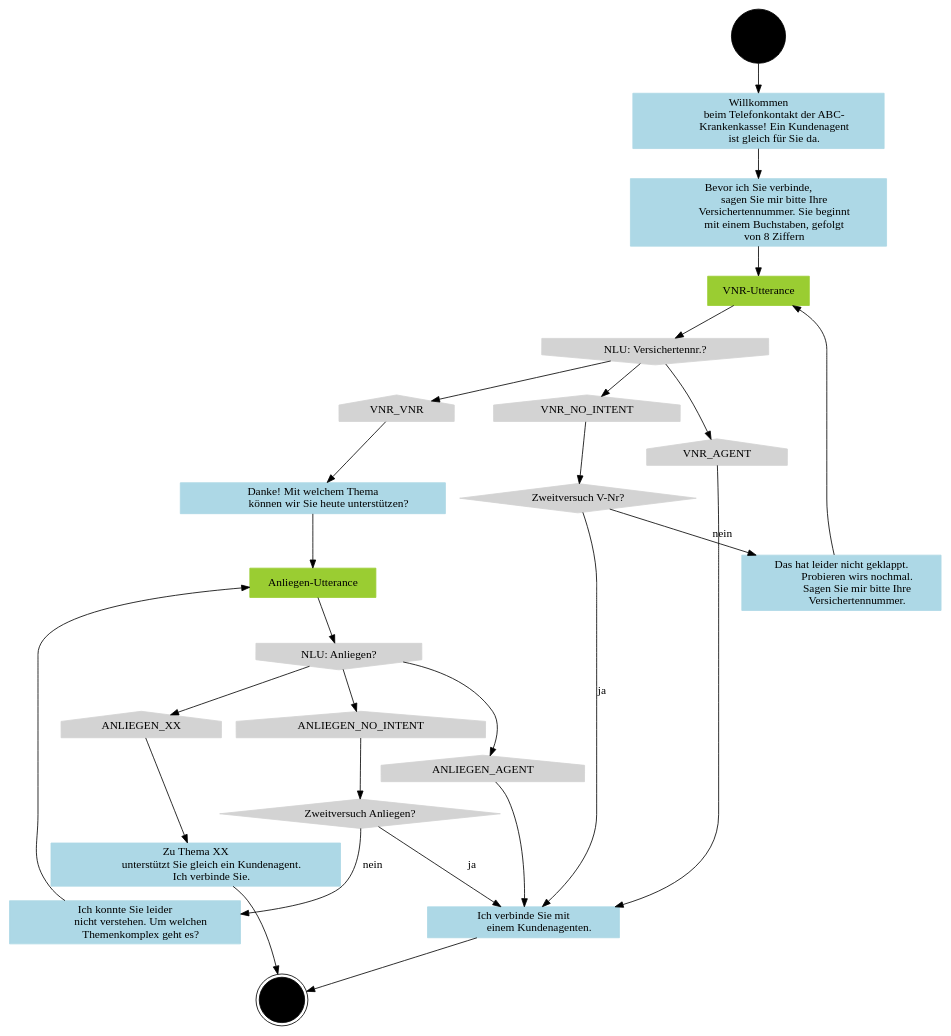
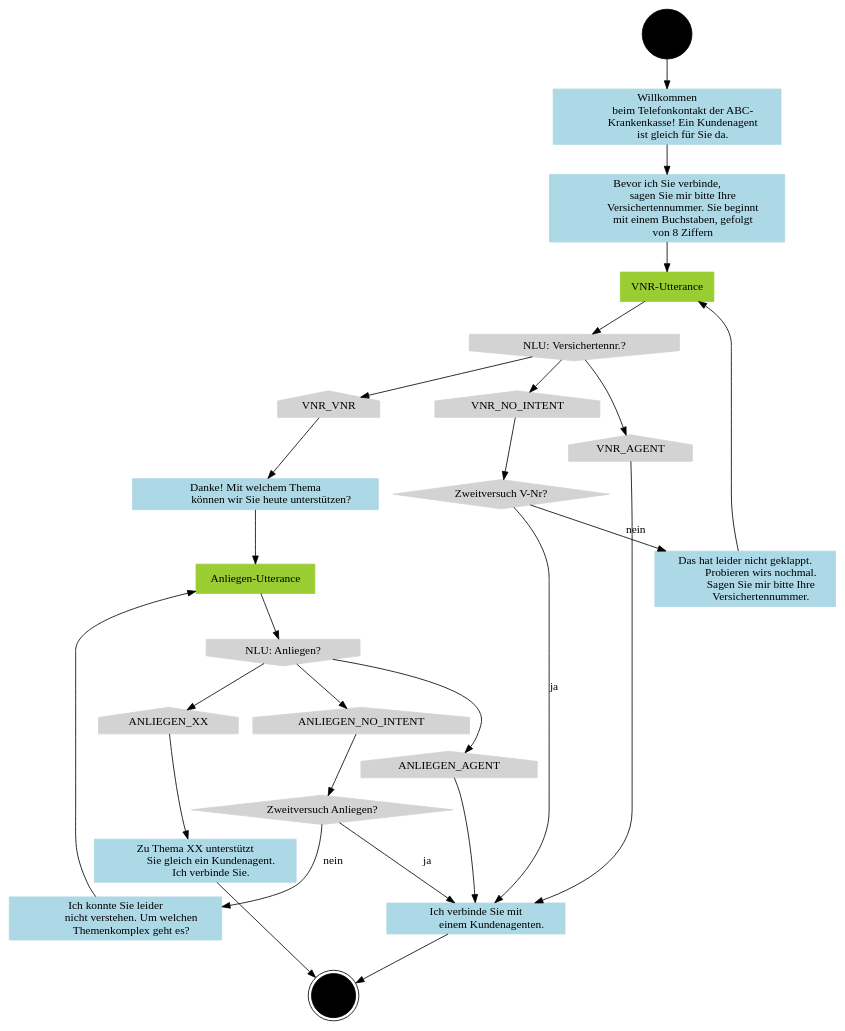
One commit to BrianInGermany/BrianInGermany.github.io changed the diagram in assets/flow_nosubs.dot. Above: the diagram before and after it, drawn with Graphviz. The commit also changed 4 other files, not shown here.

```diff
--- a/assets/flow_nosubs.dot
+++ b/assets/flow_nosubs.dot
@@ -1,90 +1,92 @@
 digraph tel_flow {
+    
 // NODE DEFINITIONS
     // start nodes
-    node[style=filled,shape=circle,color=black]
+    // this definition also includes graph-wide definitions for filling and font
+    node[style=filled,shape=circle,color=black,fontname="Trebuchet MS"]
         start[shape=circle,color=black]
 
     // end nodes
-    node[style=filled,shape=doublecircle,color=black]
+    node[shape=doublecircle,color=black]
         end[shape=doublecircle,color=black]
 
     // prompt nodes
-    node[style=filled,shape=box,color=lightblue]
+    node[shape=box,color=lightblue]
         prompt_welcome[label="Willkommen
             beim Telefonkontakt der ABC-
             Krankenkasse! Ein Kundenagent 
             ist gleich für Sie da."]
         prompt_vnr[label="Bevor ich Sie verbinde,
             sagen Sie mir bitte Ihre
             Versichertennummer. Sie beginnt 
             mit einem Buchstaben, gefolgt
             von 8 Ziffern"]
         prompt_vnr_fail[label="Das hat leider nicht geklappt. 
             Probieren wirs nochmal.
             Sagen Sie mir bitte Ihre
             Versichertennummer."]
         prompt_vnr_success[label="Danke! Mit welchem Thema 
             können wir Sie heute unterstützen?"]
-        prompt_anliegen_success[label="Zu Thema XX
-            unterstützt Sie gleich ein Kundenagent.
+        prompt_anliegen_success[label="Zu Thema XX unterstützt 
+            Sie gleich ein Kundenagent.
             Ich verbinde Sie."]
         prompt_connect_agent[label="Ich verbinde Sie mit
             einem Kundenagenten."]  
         prompt_nicht_verstanden_anliegen[label="Ich konnte Sie leider
             nicht verstehen. Um welchen 
             Themenkomplex geht es?"]
 
     // utterance nodes
-    node[style=filled,shape=box,color=yellowgreen]
+    node[shape=box,color=yellowgreen]
         utterance_vnr[label="VNR-Utterance"]
         utterance_anliegen[label="Anliegen-Utterance"]
 
     // nlu nodes
-    node[style=filled,shape=invhouse,color=lightgray]
+    node[shape=invhouse,color=lightgray]
         nlu_vnr[label="NLU: Versichertennr.?"]
         nlu_anliegen[label="NLU: Anliegen?"]
 
     // intent nodes
-    node[style=filled,shape=house,color=lightgray]
+    node[shape=house,color=lightgray]
         intent_vnr_no_intent[label="VNR_NO_INTENT"]
         intent_vnr_agent[label="VNR_AGENT"]
         intent_vnr_vnr[label="VNR_VNR"]
         intent_anliegen_no_intent[label="ANLIEGEN_NO_INTENT"]
         intent_anliegen_agent[label="ANLIEGEN_AGENT"]
         intent_anliegen_xx[label="ANLIEGEN_XX"]
     
     // logic nodes
-    node[style=filled,shape=diamond,color=lightgray]  
+    node[shape=diamond,color=lightgray]  
         logic_zweitversuch_vnr[label="Zweitversuch V-Nr?"]
         logic_zweitversuch_anliegen[label="Zweitversuch Anliegen?"]
 
 // SUBGRAPH AND CONNECTION DEFINITIONS
 
     start -> prompt_welcome
     prompt_welcome -> prompt_vnr
     prompt_vnr -> utterance_vnr
     utterance_vnr -> nlu_vnr
     nlu_vnr -> intent_vnr_agent
     nlu_vnr -> intent_vnr_vnr
     nlu_vnr -> intent_vnr_no_intent
     intent_vnr_no_intent -> logic_zweitversuch_vnr
-    logic_zweitversuch_vnr -> prompt_vnr_fail [label="nein"]
+    logic_zweitversuch_vnr -> prompt_vnr_fail [label="nein",fontname="Trebuchet MS"]
     prompt_vnr_fail -> utterance_vnr
     intent_vnr_vnr -> prompt_vnr_success
     prompt_vnr_success -> utterance_anliegen
     utterance_anliegen -> nlu_anliegen
     nlu_anliegen -> intent_anliegen_xx
     nlu_anliegen -> intent_anliegen_agent
     nlu_anliegen -> intent_anliegen_no_intent
     intent_anliegen_no_intent -> logic_zweitversuch_anliegen
-    logic_zweitversuch_anliegen -> prompt_nicht_verstanden_anliegen [label="nein"]
+    logic_zweitversuch_anliegen -> prompt_nicht_verstanden_anliegen [label="nein",fontname="Trebuchet MS"]
     prompt_nicht_verstanden_anliegen -> utterance_anliegen
-    logic_zweitversuch_vnr -> prompt_connect_agent [label="ja"]
-    logic_zweitversuch_anliegen -> prompt_connect_agent [label="ja"]
+    logic_zweitversuch_vnr -> prompt_connect_agent [label="ja",fontname="Trebuchet MS"]
+    logic_zweitversuch_anliegen -> prompt_connect_agent [label="ja",fontname="Trebuchet MS"]
     intent_vnr_agent -> prompt_connect_agent
     intent_anliegen_agent -> prompt_connect_agent
     intent_anliegen_xx -> prompt_anliegen_success
     prompt_anliegen_success -> end
     prompt_connect_agent -> end
 
 }
```
